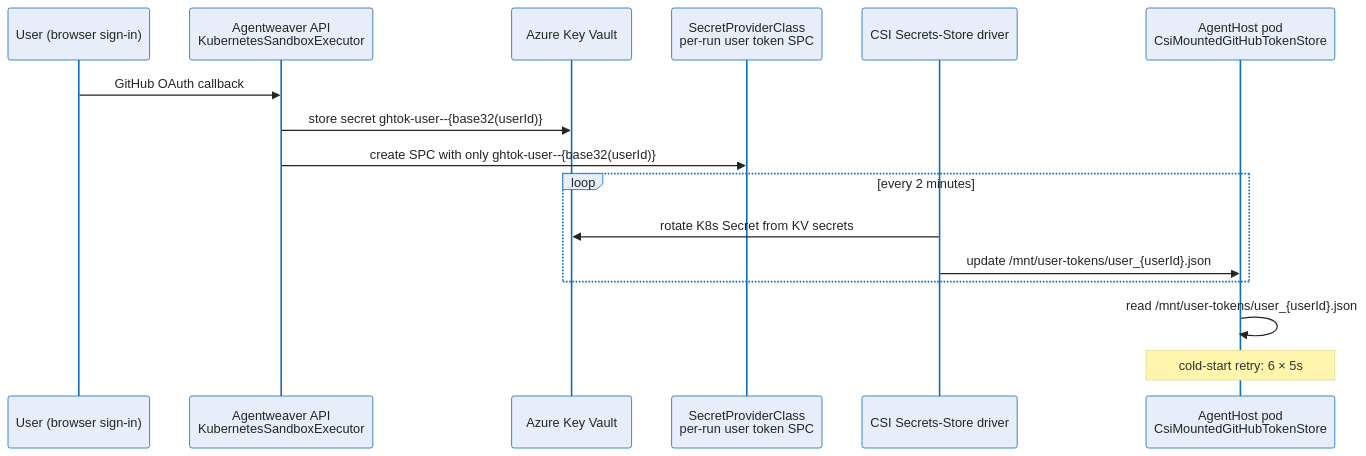
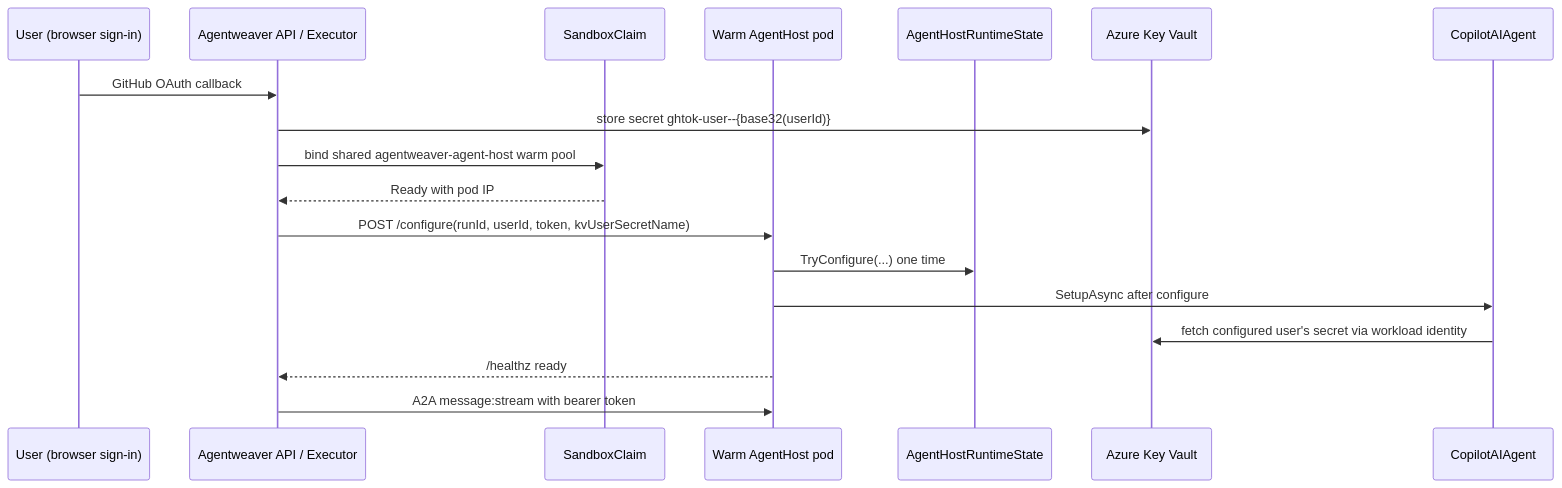
One commit to sabbour/agentweaver changed the diagram in docs/deep-dive/agent-token-delivery.md. Above: the diagram before and after it, drawn with Mermaid. The commit also changed other lines of this file and 40 other files, not shown here.

````diff
--- a/docs/deep-dive/agent-token-delivery.md
+++ b/docs/deep-dive/agent-token-delivery.md
@@ -19,22 +29,21 @@
 ```mermaid
-%%{init: {'theme':'base','themeVariables':{'fontFamily':'Segoe UI, system-ui, -apple-system, sans-serif','fontSize':'15px','primaryColor':'#E8EEF9','primaryBorderColor':'#0F6CBD','primaryTextColor':'#242424','lineColor':'#605E5C','clusterBkg':'#FAF9F8','clusterBorder':'#D2D0CE','edgeLabelBackground':'#FFFFFF'}}}%%
 sequenceDiagram
     participant User as User (browser sign-in)
-    participant API as Agentweaver API<br/>KubernetesSandboxExecutor
+    participant API as Agentweaver API / Executor
+    participant Claim as SandboxClaim
+    participant Pod as Warm AgentHost pod
+    participant State as AgentHostRuntimeState
     participant KV as Azure Key Vault
-    participant SPC as SecretProviderClass<br/>per-run user token SPC
-    participant CSI as CSI Secrets-Store driver
-    participant Pod as AgentHost pod<br/>CsiMountedGitHubTokenStore
+    participant Agent as CopilotAIAgent
 
     User->>API: GitHub OAuth callback
     API->>KV: store secret ghtok-user--{base32(userId)}
-    API->>SPC: create SPC with only ghtok-user--{base32(userId)}
-
-    loop every 2 minutes
-        CSI->>KV: rotate K8s Secret from KV secrets
-        CSI->>Pod: update /mnt/user-tokens/user_{userId}.json
-    end
-
-    Pod->>Pod: read /mnt/user-tokens/user_{userId}.json
-    note over Pod: cold-start retry: 6 × 5s
+    API->>Claim: bind shared agentweaver-agent-host warm pool
+    Claim-->>API: Ready with pod IP
+    API->>Pod: POST /configure(runId, userId, token, kvUserSecretName)
+    Pod->>State: TryConfigure(...) one time
+    Pod->>Agent: SetupAsync after configure
+    Agent->>KV: fetch configured user's secret via workload identity
+    Pod-->>API: /healthz ready
+    API->>Pod: A2A message:stream with bearer token
 ```
````
